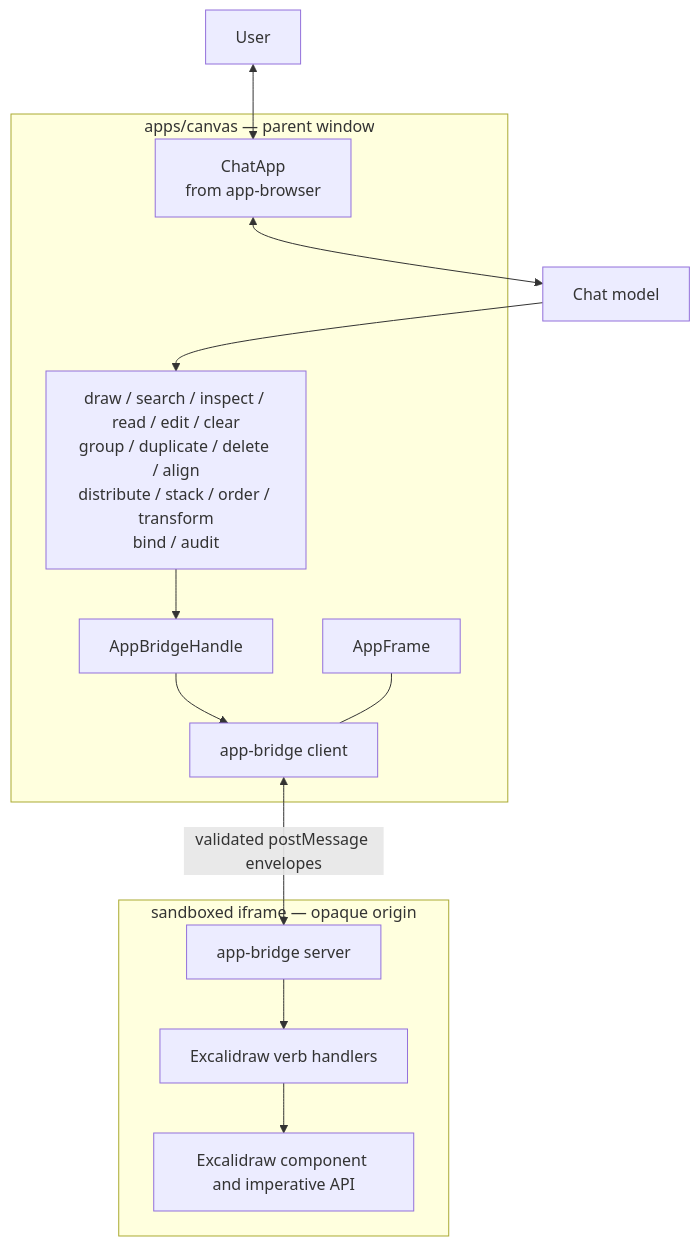
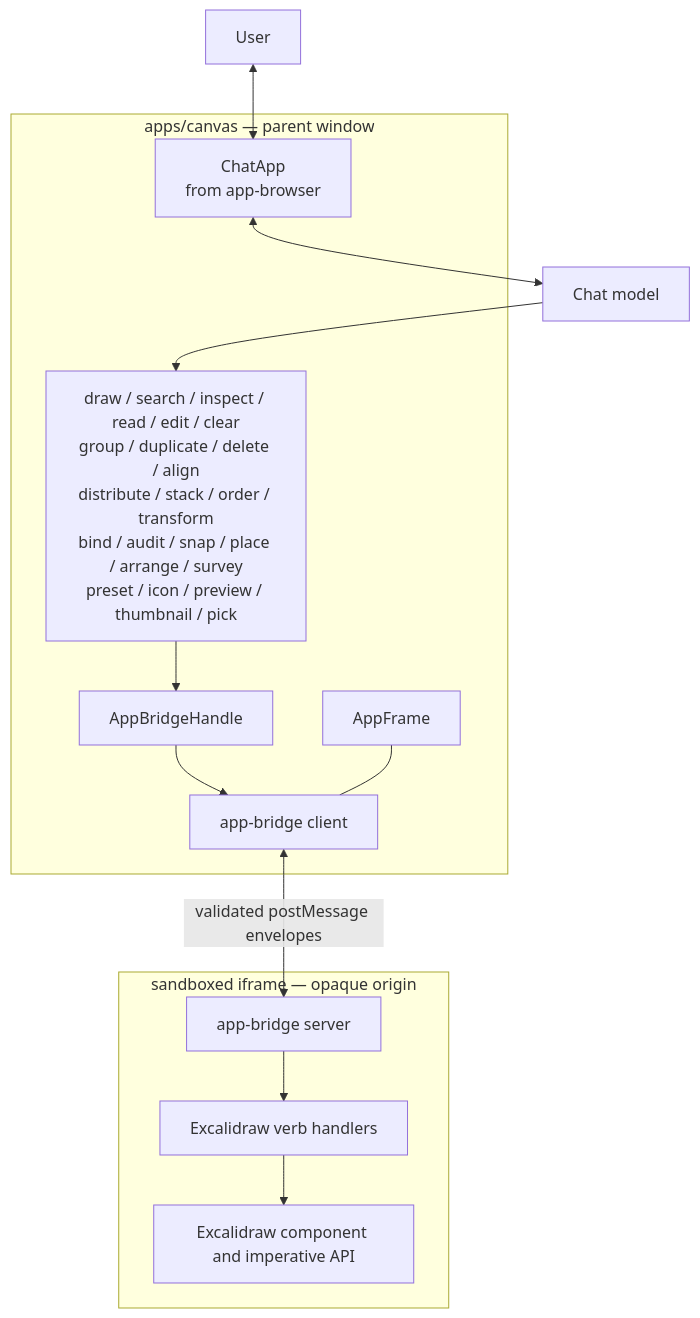
One commit to NNTin/tinytinkerer changed the second of 13 diagrams in docs/app-harness.md. Above: the diagram before and after it, drawn with Mermaid. The commit also changed other lines of this file and 4 other files, not shown here.

First line of the commit message:
feat(canvas): expose preview/thumbnail/pick tools; document the safer-workflow slice

````diff
--- a/docs/app-harness.md
+++ b/docs/app-harness.md
@@ -70,29 +70,29 @@
 ```mermaid
 flowchart TB
   user[User]
   model[Chat model]
 
   subgraph shell["apps/canvas — parent window"]
     chat["ChatApp<br/>from app-browser"]
-    tools["draw / search / inspect / read / edit / clear<br/>group / duplicate / delete / align<br/>distribute / stack / order / transform<br/>bind / audit"]
+    tools["draw / search / inspect / read / edit / clear<br/>group / duplicate / delete / align<br/>distribute / stack / order / transform<br/>bind / audit / snap / place / arrange / survey<br/>preset / icon / preview / thumbnail / pick"]
     handle["AppBridgeHandle"]
     client["app-bridge client"]
     frame["AppFrame"]
   end
 
   subgraph iframe["sandboxed iframe — opaque origin"]
     server["app-bridge server"]
     handlers["Excalidraw verb handlers"]
     component["Excalidraw component and imperative API"]
   end
 
   user <--> chat
   chat <--> model
   model --> tools
   tools --> handle
   handle --> client
   client <-->|"validated postMessage envelopes"| server
   frame --- client
   server --> handlers
   handlers --> component
 ```
````
